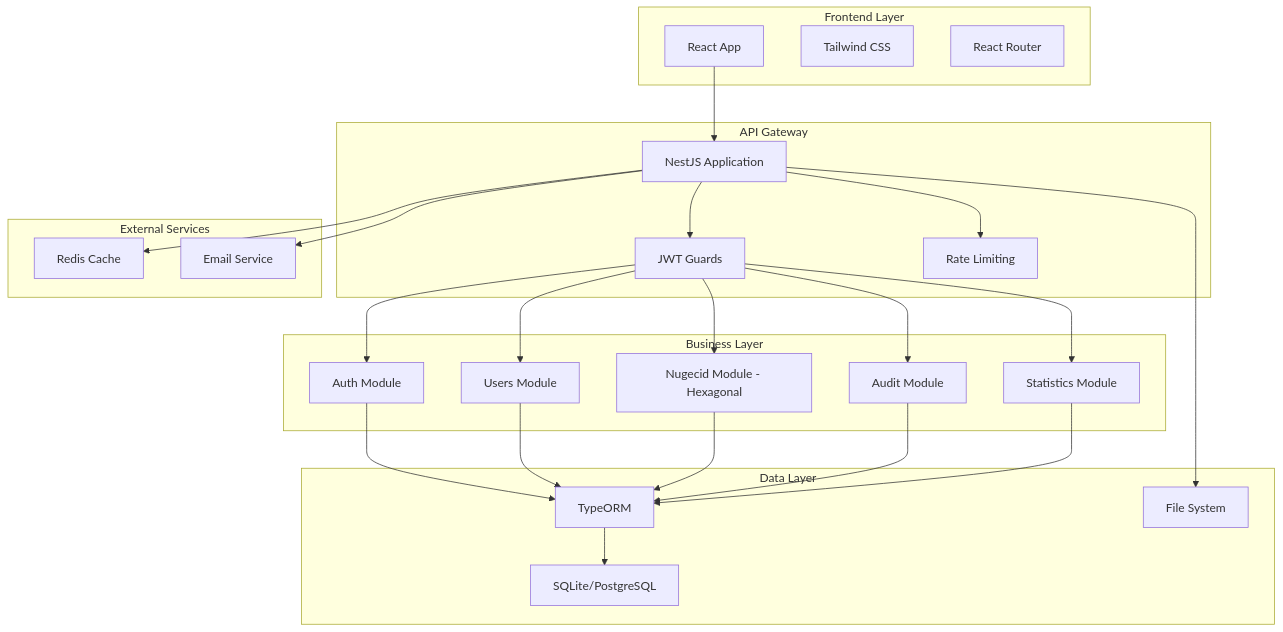
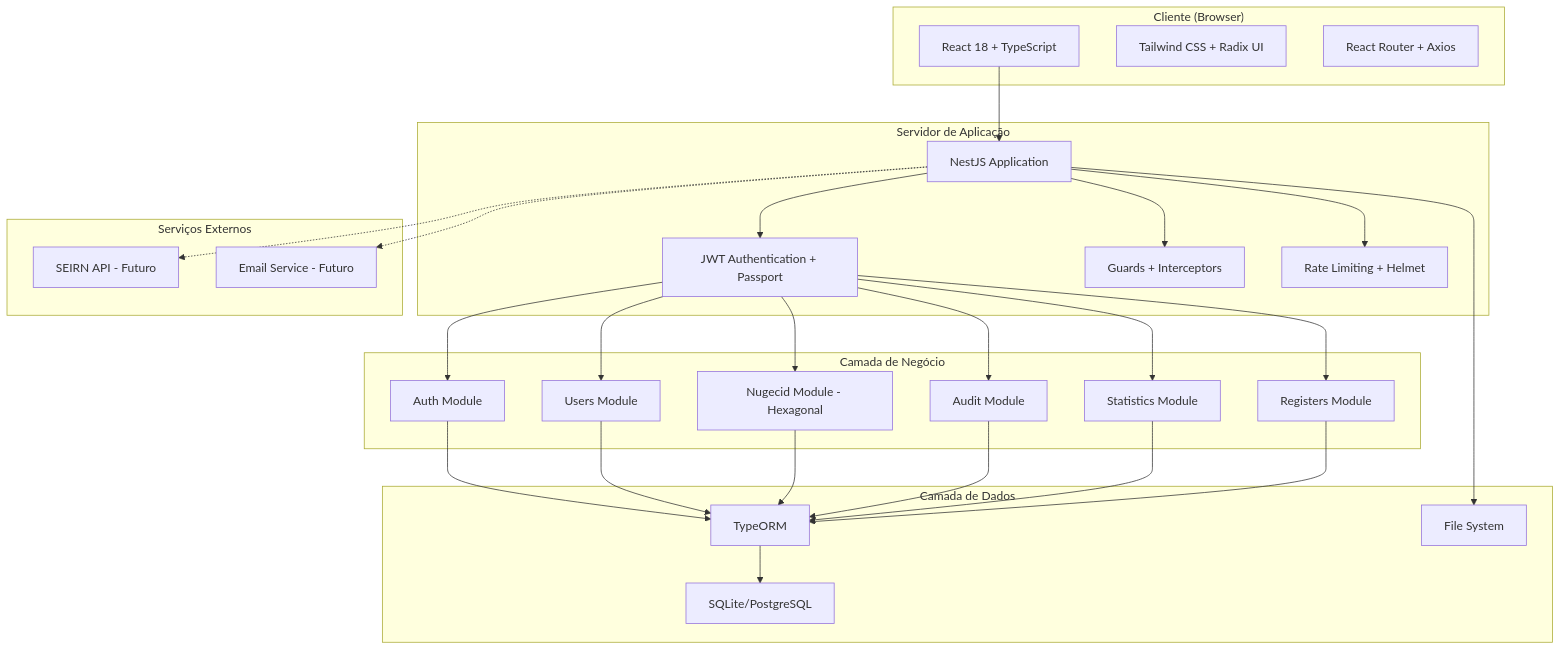
One commit to kevinpatrickborges/Gestordedocumentos changed the first of 4 diagrams in .trae/documents/SGC-ITEP-DOCVIEW.md. Above: the diagram before and after it, drawn with Mermaid. The commit also changed other lines of this file and 2748 other files, not shown here.

````diff
--- a/.trae/documents/SGC-ITEP-DOCVIEW.md
+++ b/.trae/documents/SGC-ITEP-DOCVIEW.md
@@ -89,51 +12,56 @@
 ```mermaid
 graph TB
-    subgraph "Frontend Layer"
-        A[React App]
-        B[Tailwind CSS]
-        C[React Router]
+    subgraph "Cliente (Browser)"
+        A[React 18 + TypeScript]
+        B[Tailwind CSS + Radix UI]
+        C[React Router + Axios]
     end
     
-    subgraph "API Gateway"
+    subgraph "Servidor de Aplicação"
         D[NestJS Application]
-        E[JWT Guards]
-        F[Rate Limiting]
+        E[JWT Authentication + Passport]
+        F[Guards + Interceptors]
+        G[Rate Limiting + Helmet]
     end
     
-    subgraph "Business Layer"
-        G[Auth Module]
-        H[Users Module]
-        I[Nugecid Module - Hexagonal]
-        J[Audit Module]
-        K[Statistics Module]
+    subgraph "Camada de Negócio"
+        H[Auth Module]
+        I[Users Module]
+        J[Nugecid Module - Hexagonal]
+        K[Audit Module]
+        L[Statistics Module]
+        M[Registers Module]
     end
     
-    subgraph "Data Layer"
-        L[TypeORM]
-        M[SQLite/PostgreSQL]
-        N[File System]
+    subgraph "Camada de Dados"
+        N[TypeORM]
+        O[SQLite/PostgreSQL]
+        P[File System]
     end
     
-    subgraph "External Services"
-        O[Redis Cache]
-        P[Email Service]
+    subgraph "Serviços Externos"
+        Q[SEIRN API - Futuro]
+        R[Email Service - Futuro]
     end
     
     A --> D
     D --> E
     D --> F
-    E --> G
+    D --> G
     E --> H
     E --> I
     E --> J
     E --> K
-    G --> L
-    H --> L
-    I --> L
-    J --> L
-    K --> L
-    L --> M
-    D --> N
-    D --> O
+    E --> L
+    E --> M
+    H --> N
+    I --> N
+    J --> N
+    K --> N
+    L --> N
+    M --> N
+    N --> O
     D --> P
+    D -.-> Q
+    D -.-> R
 ```
````
